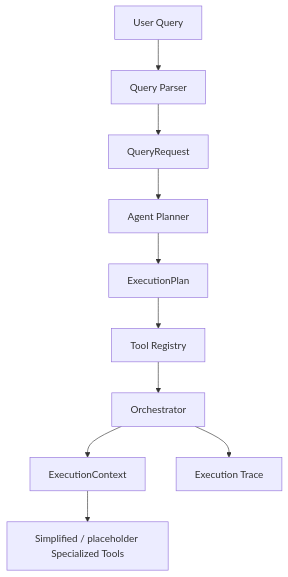
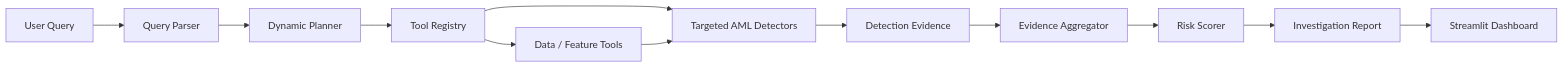
One commit to sampannashalya/sentinel-aml changed the diagram in README.md. Above: the diagram before and after it, drawn with Mermaid. The commit also changed other lines of this file, not shown here.

````diff
--- a/README.md
+++ b/README.md
@@ -86,12 +82,17 @@
 ```mermaid
-flowchart TD
-	U[User Query] --> P[Query Parser]
-	P --> QR[QueryRequest]
-	QR --> AP[Agent Planner]
-	AP --> EP[ExecutionPlan]
-	EP --> TR[Tool Registry]
-	TR --> OR[Orchestrator]
-	OR --> EC[ExecutionContext]
-	EC --> T[Simplified / placeholder Specialized Tools]
-	OR --> ET[Execution Trace]
+flowchart LR
+    U[User Query] --> QP[Query Parser]
+    QP --> P[Dynamic Planner]
+    P --> R[Tool Registry]
+
+    R --> D[Targeted AML Detectors]
+    R --> F[Data / Feature Tools]
+
+    F --> D
+    D --> E[Detection Evidence]
+
+    E --> A[Evidence Aggregator]
+    A --> S[Risk Scorer]
+    S --> I[Investigation Report]
+    I --> UI[Streamlit Dashboard]
 ```
````
